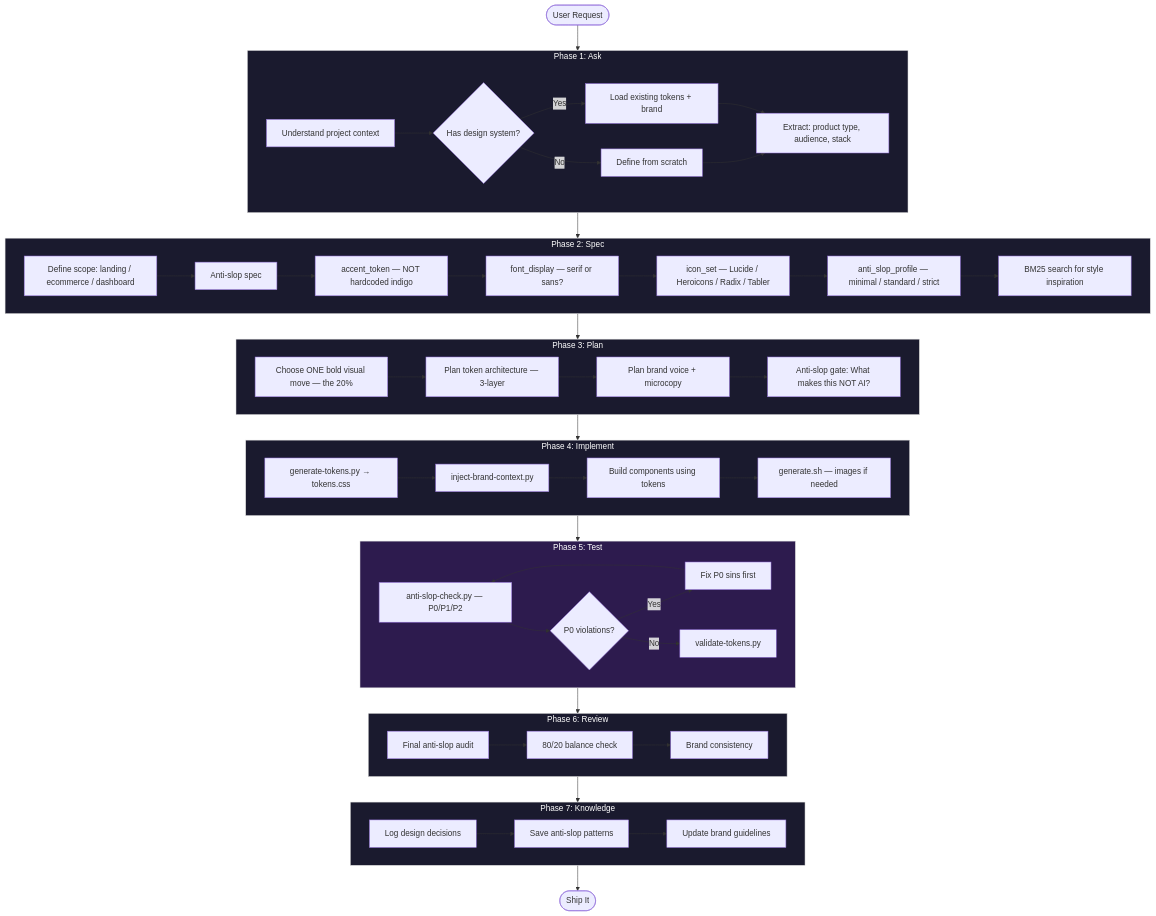
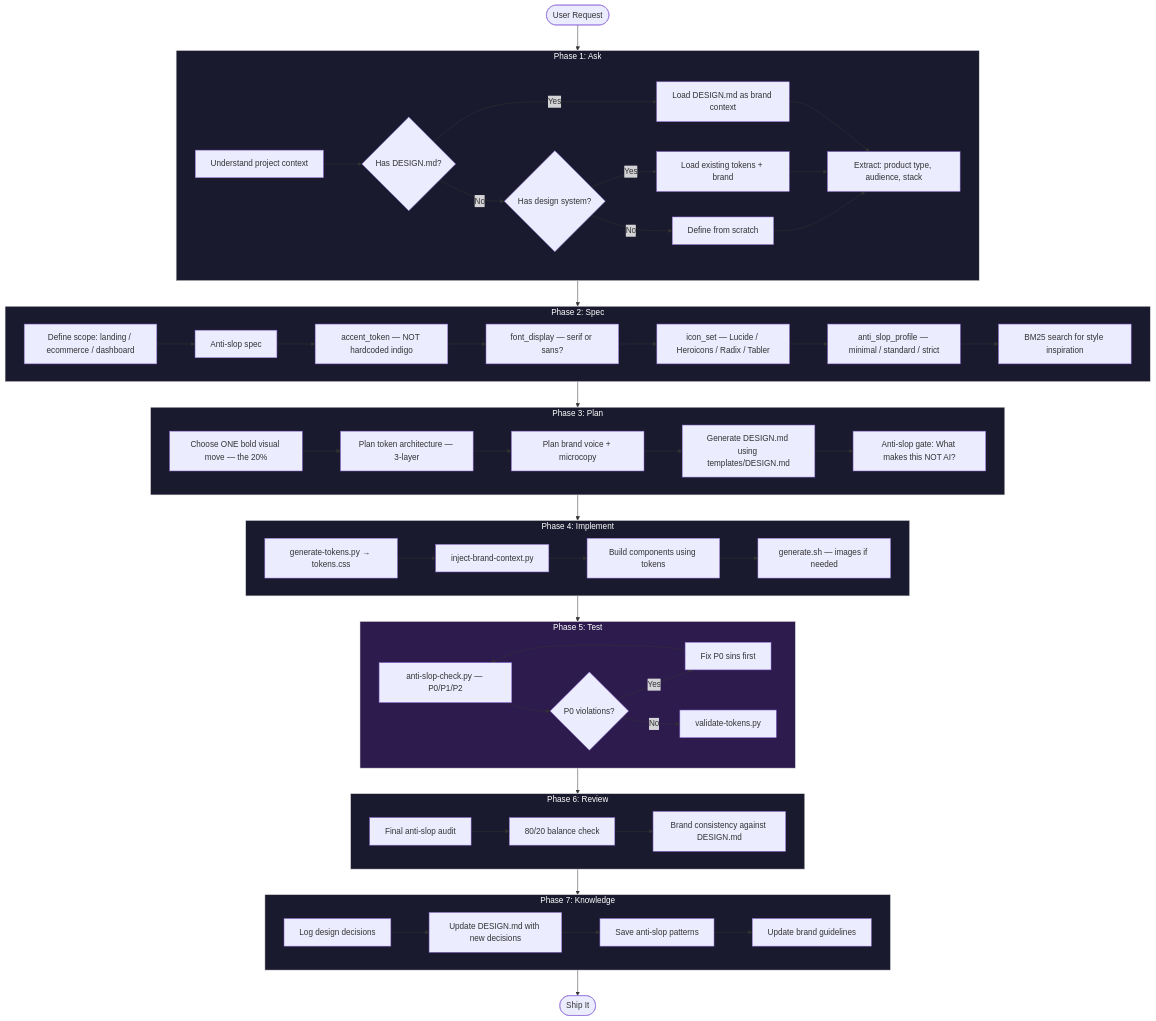
Before and after one commit to ardith666/uiux-methodology: the first of 3 diagrams in README.md, drawn with Mermaid. The commit also changed other lines of this file and 2 other files, not shown here.

Commit message:
feat: integrate DESIGN.md — Google Stitch design system doc standard
- Add templates/DESIGN.md — brand voice, color (light/dark), typography
  scale, spacing/shadows/radius, component patterns, anti-slop rules
- Update SKILL.md Phase 1: load DESIGN.md if exists
- Update SKILL.md Phase 3: generate DESIGN.md from template
- Update SKILL.md Phase 7: update DESIGN.md with decisions
- Update README Mermaid diagram + project structure

````diff
--- a/README.md
+++ b/README.md
@@ -171,72 +171,77 @@
 ```mermaid
 flowchart TD
     START([User Request]) --> ASK
 
     subgraph ASK["Phase 1: Ask"]
-        A1[Understand project context] --> A2{Has design system?}
+        A1[Understand project context] --> BD{Has DESIGN.md?}
+        BD -->|Yes| BD_LOAD[Load DESIGN.md as brand context]
+        BD -->|No| A2{Has design system?}
         A2 -->|Yes| A3[Load existing tokens + brand]
         A2 -->|No| A4[Define from scratch]
-        A3 --> A5[Extract: product type, audience, stack]
+        BD_LOAD --> A5[Extract: product type, audience, stack]
+        A3 --> A5
         A4 --> A5
     end
 
     ASK --> SPEC
 
     subgraph SPEC["Phase 2: Spec"]
         S1[Define scope: landing / ecommerce / dashboard] --> S2[Anti-slop spec]
         S2 --> S3[accent_token — NOT hardcoded indigo]
         S3 --> S4[font_display — serif or sans?]
         S4 --> S5[icon_set — Lucide / Heroicons / Radix / Tabler]
         S5 --> S6[anti_slop_profile — minimal / standard / strict]
         S6 --> S7[BM25 search for style inspiration]
     end
 
     SPEC --> PLAN
 
     subgraph PLAN["Phase 3: Plan"]
         P1[Choose ONE bold visual move — the 20%] --> P2[Plan token architecture — 3-layer]
         P2 --> P3[Plan brand voice + microcopy]
-        P3 --> P4[Anti-slop gate: What makes this NOT AI?]
+        P3 --> P4[Generate DESIGN.md using templates/DESIGN.md]
+        P4 --> P5[Anti-slop gate: What makes this NOT AI?]
     end
 
     PLAN --> IMPL
 
     subgraph IMPL["Phase 4: Implement"]
         I1[generate-tokens.py → tokens.css] --> I2[inject-brand-context.py]
         I2 --> I3[Build components using tokens]
         I3 --> I4[generate.sh — images if needed]
     end
 
     IMPL --> TEST
 
     subgraph TEST["Phase 5: Test"]
         T1[anti-slop-check.py — P0/P1/P2] --> T2{P0 violations?}
         T2 -->|Yes| T3[Fix P0 sins first]
         T3 --> T1
         T2 -->|No| T4[validate-tokens.py]
     end
 
     TEST --> REVIEW
 
     subgraph REVIEW["Phase 6: Review"]
         R1[Final anti-slop audit] --> R2[80/20 balance check]
-        R2 --> R3[Brand consistency]
+        R2 --> R3[Brand consistency against DESIGN.md]
     end
 
     REVIEW --> KNOW
 
     subgraph KNOW["Phase 7: Knowledge"]
-        K1[Log design decisions] --> K2[Save anti-slop patterns]
-        K2 --> K3[Update brand guidelines]
+        K1[Log design decisions] --> K2[Update DESIGN.md with new decisions]
+        K2 --> K3[Save anti-slop patterns]
+        K3 --> K4[Update brand guidelines]
     end
 
     KNOW --> DONE([Ship It])
 
     style ASK fill:#1a1a2e,stroke:#e0e0e0,color:#fff
     style SPEC fill:#1a1a2e,stroke:#e0e0e0,color:#fff
     style PLAN fill:#1a1a2e,stroke:#e0e0e0,color:#fff
     style IMPL fill:#1a1a2e,stroke:#e0e0e0,color:#fff
     style TEST fill:#2d1b4e,stroke:#e0e0e0,color:#fff
     style REVIEW fill:#1a1a2e,stroke:#e0e0e0,color:#fff
     style KNOW fill:#1a1a2e,stroke:#e0e0e0,color:#fff
 ```
````
